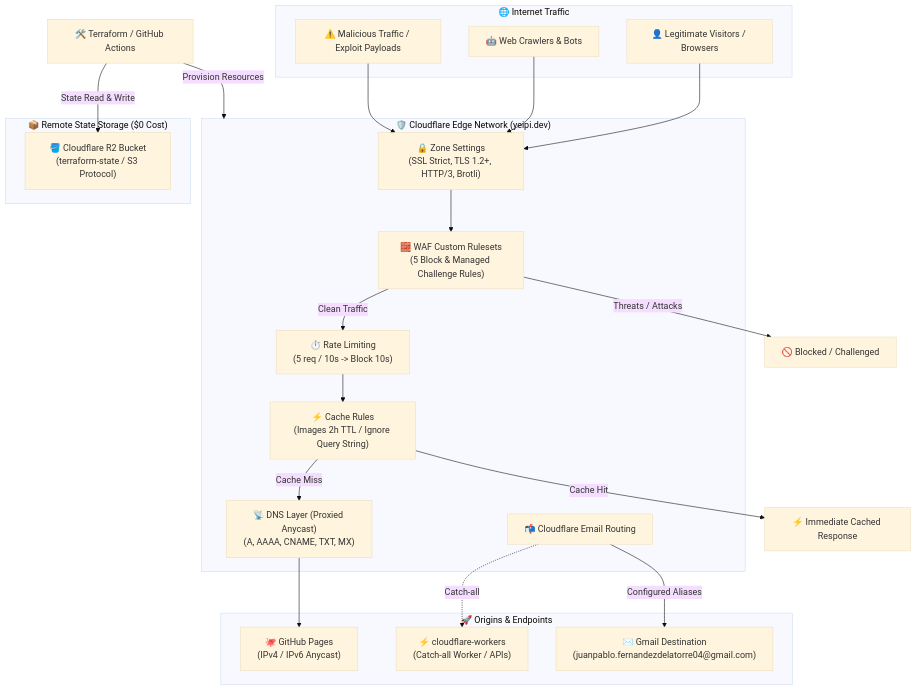
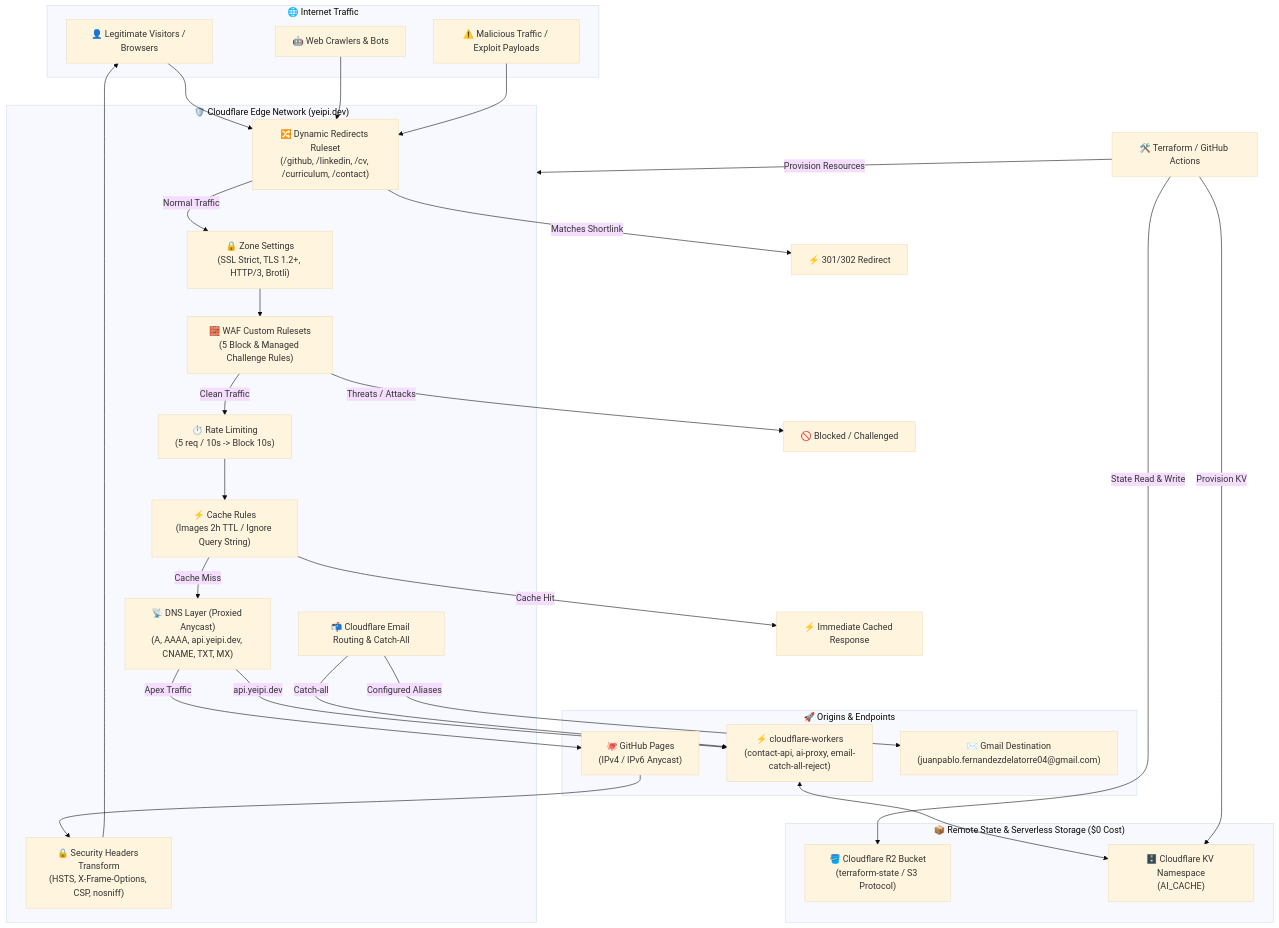
Before and after one commit to yeipis/cloudflare-infra: the first of 2 diagrams in README.md, drawn with Mermaid (base theme). The commit also changed other lines of this file and 1 other file, not shown here.

Commit message:
docs: update README with security headers, dynamic redirects, KV storage and workers integration

````diff
--- a/README.md
+++ b/README.md
@@ -11,46 +11,56 @@
 ```mermaid
 flowchart TD
     subgraph Internet ["🌐 Internet Traffic"]
         User["👤 Legitimate Visitors / Browsers"]
         Crawler["🤖 Web Crawlers & Bots"]
         Attacker["⚠️ Malicious Traffic / Exploit Payloads"]
     end
 
     subgraph CloudflareEdge ["🛡️ Cloudflare Edge Network (yeipi.dev)"]
         ZoneConfig["🔒 Zone Settings\n(SSL Strict, TLS 1.2+, HTTP/3, Brotli)"]
+        RedirectPhase["🔀 Dynamic Redirects Ruleset\n(/github, /linkedin, /cv, /curriculum, /contact)"]
         WAF["🧱 WAF Custom Rulesets\n(5 Block & Managed Challenge Rules)"]
         RateLimit["⏱️ Rate Limiting\n(5 req / 10s -> Block 10s)"]
         Cache["⚡ Cache Rules\n(Images 2h TTL / Ignore Query String)"]
-        DNS["📡 DNS Layer (Proxied Anycast)\n(A, AAAA, CNAME, TXT, MX)"]
-        EmailRouter["📬 Cloudflare Email Routing"]
+        Headers["🔒 Security Headers Transform\n(HSTS, X-Frame-Options, CSP, nosniff)"]
+        DNS["📡 DNS Layer (Proxied Anycast)\n(A, AAAA, api.yeipi.dev, CNAME, TXT, MX)"]
+        EmailRouter["📬 Cloudflare Email Routing & Catch-All"]
     end
 
     subgraph Origins ["🚀 Origins & Endpoints"]
         GHPages["🐙 GitHub Pages\n(IPv4 / IPv6 Anycast)"]
-        WorkersRepo["⚡ cloudflare-workers\n(Catch-all Worker / APIs)"]
+        WorkersRepo["⚡ cloudflare-workers\n(contact-api, ai-proxy, email-catch-all-reject)"]
         Gmail["✉️ Gmail Destination\n(juanpablo.fernandezdelatorre04@gmail.com)"]
     end
 
-    subgraph StateStorage ["📦 Remote State Storage ($0 Cost)"]
+    subgraph StateStorage ["📦 Remote State & Serverless Storage ($0 Cost)"]
         R2["🪣 Cloudflare R2 Bucket\n(terraform-state / S3 Protocol)"]
+        KV["🗄️ Cloudflare KV Namespace\n(AI_CACHE)"]
     end
 
-    User --> ZoneConfig
-    Crawler --> ZoneConfig
-    Attacker --> ZoneConfig
+    User --> RedirectPhase
+    Crawler --> RedirectPhase
+    Attacker --> RedirectPhase
+
+    RedirectPhase -- Matches Shortlink --> ShortlinkRedirect["⚡ 301/302 Redirect"]
+    RedirectPhase -- Normal Traffic --> ZoneConfig
 
     ZoneConfig --> WAF
     WAF -- Clean Traffic --> RateLimit
     WAF -- Threats / Attacks --> Blocked["🚫 Blocked / Challenged"]
     
     RateLimit --> Cache
     Cache -- Cache Hit --> EdgeResponse["⚡ Immediate Cached Response"]
     Cache -- Cache Miss --> DNS
 
-    DNS --> GHPages
+    DNS -- Apex Traffic --> GHPages
+    DNS -- api.yeipi.dev --> WorkersRepo
     EmailRouter -- Configured Aliases --> Gmail
-    EmailRouter -. Catch-all .-> WorkersRepo
+    EmailRouter -- Catch-all --> WorkersRepo
+    WorkersRepo <--> KV
+    GHPages --> Headers --> User
 
     TerraformCLI["🛠️ Terraform / GitHub Actions"] -->|State Read & Write| R2
     TerraformCLI -->|Provision Resources| CloudflareEdge
+    TerraformCLI -->|Provision KV| KV
 ```
````
